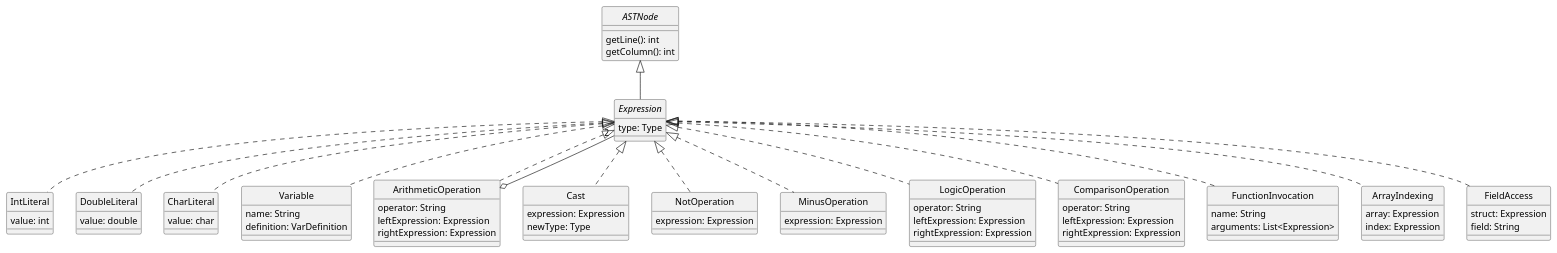
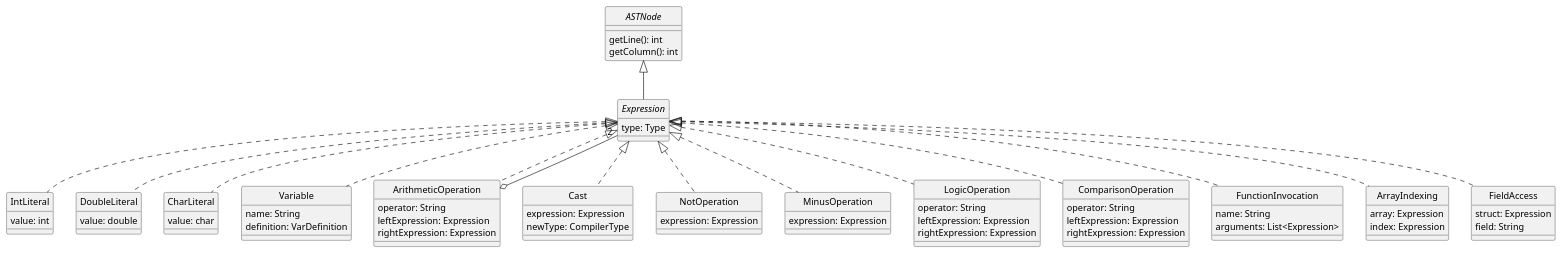
The diagram in docs/diagrams/expressions.plantuml (DavidGonzalezFernandez/dlp-compiler), drawn with PlantUML before and after one commit. The commit also changed 15 other files, not shown here.

Commit message:
Actualizo diagramas UML a última versión

```diff
--- a/docs/diagrams/expressions.plantuml
+++ b/docs/diagrams/expressions.plantuml
@@ -1,115 +1,115 @@
 @startuml Expressions
 skinparam style strictuml
 skinparam monochrome true
 
 
 interface ASTNode {
     getLine(): int
     getColumn(): int
 }
 
 interface Expression {
     type: Type
 }
 ASTNode <|-- Expression
 
 
 class IntLiteral {
     value: int
 }
 Expression <|.. IntLiteral
 
 
 class DoubleLiteral {
     value: double
 }
 Expression <|.. DoubleLiteral
 
 
 class CharLiteral {
     value: char
 }
 Expression <|.. CharLiteral
 
 
 class Variable {
     name: String
     definition: VarDefinition
 }
 Expression <|.. Variable
 
 
 class ArithmeticOperation {
     operator: String
     leftExpression: Expression
     rightExpression: Expression
 }
 Expression <|.. ArithmeticOperation
 ArithmeticOperation o-- "2" Expression
 
 
 ' La conversión explícita a tipos simples se podrá realizar usando la palabra clave as
 class Cast {
     expression: Expression
-    newType: Type   /'Tiene que ser de tipo simple'/
+    newType: CompilerType   /'Tiene que ser de tipo simple'/
 }
 Expression <|.. Cast
 
 
 ' Las operaciones NOT y MINUS no se ponen en la misma clase
 class NotOperation {
     ' No necesita especificar el operador
     expression: Expression
 }
 Expression <|.. NotOperation
 
 
 class MinusOperation {
     ' No necesita especificar el operador
     expression: Expression
 }
 Expression <|.. MinusOperation
 
 
 ' Operaciones de comparación y lógicas no son iguales
 class LogicOperation {
     operator: String
     leftExpression: Expression
     rightExpression: Expression
 }
 Expression <|.. LogicOperation
 
 
 class ComparisonOperation {
     operator: String
     leftExpression: Expression
     rightExpression: Expression
 }
 Expression <|.. ComparisonOperation
 
 
 ' Una función puede no devolver nada, tiene tipo de retorno Void
 ' Se puede invocar a una función y no almacenar lo que devuelve
 ' Sea como sea, devuelve algo, así que es una expresión
 class FunctionInvocation {
     name: String
     arguments: List<Expression>
 }
 Expression <|.. FunctionInvocation
 
 
 class ArrayIndexing {
     array: Expression       /'TODO qué tipo es'/
     index: Expression
 }
 Expression <|.. ArrayIndexing
 
 
 class FieldAccess {
     struct: Expression      /'TODO qué tipo es'/
     field: String
 }
 Expression <|.. FieldAccess
 
 
 @enduml
```
